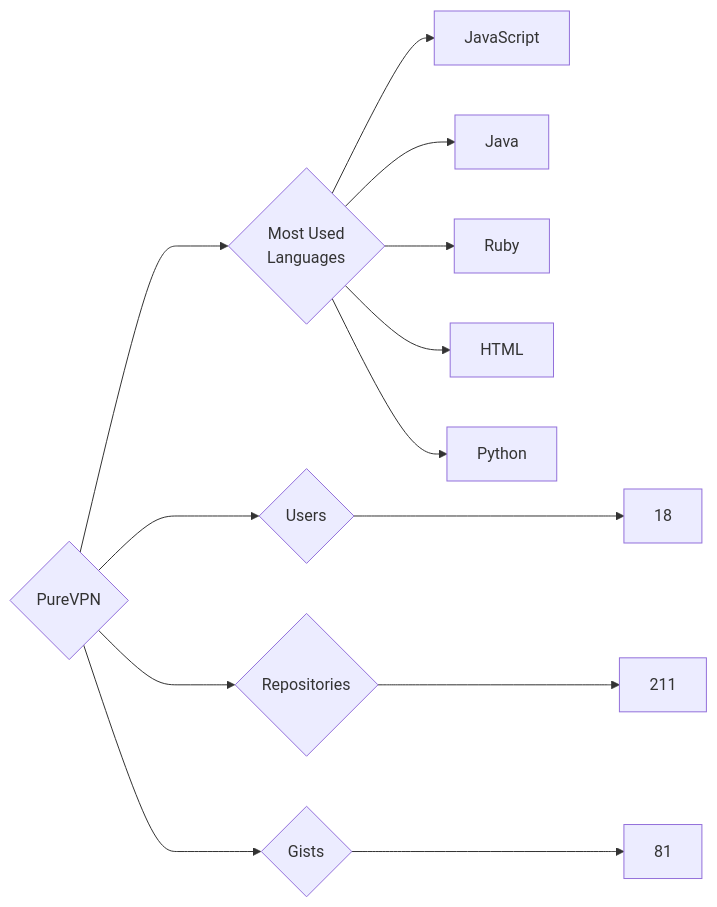
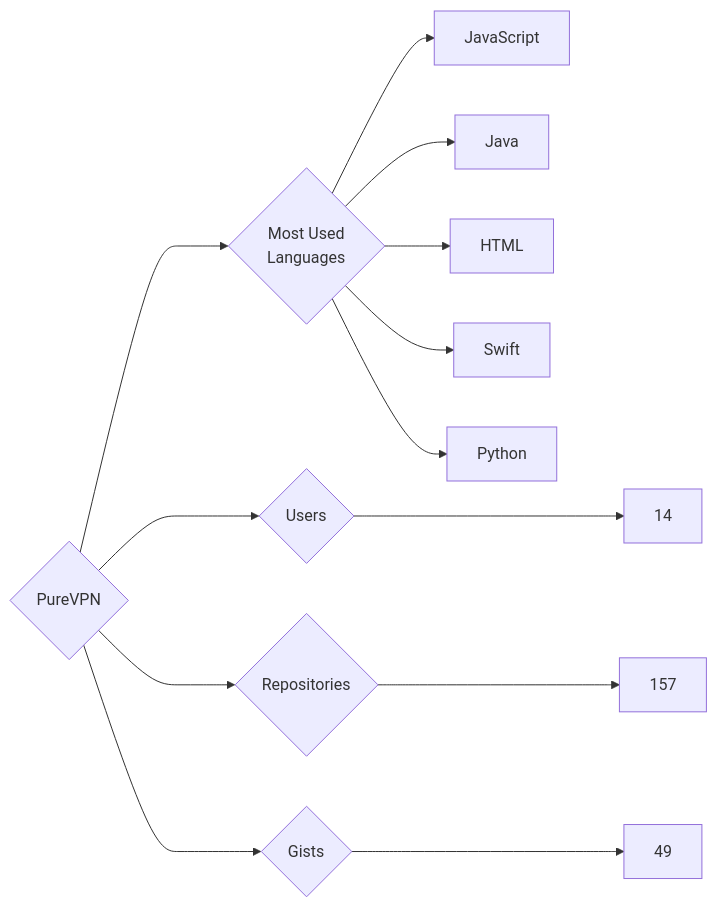
Before and after one commit to trickest/insiders: the diagram in targets/PureVPN/README.md, drawn with Mermaid. The commit also changed 1508 other files, not shown here.

````diff
--- a/targets/PureVPN/README.md
+++ b/targets/PureVPN/README.md
@@ -3,13 +3,13 @@
 ```mermaid
 graph LR
 COMPANY_NAME{PureVPN}
-COMPANY_NAME ---> U{Users} ---> UN[18]
-COMPANY_NAME ---> R{Repositories} ---> RN[211]
-COMPANY_NAME ---> G{Gists} ---> GN[81]
+COMPANY_NAME ---> U{Users} ---> UN[14]
+COMPANY_NAME ---> R{Repositories} ---> RN[157]
+COMPANY_NAME ---> G{Gists} ---> GN[49]
 COMPANY_NAME ---> ML{Most Used<br>Languages}
 ML --> JavaScript[JavaScript]
 ML --> Java[Java]
-ML --> Ruby[Ruby]
 ML --> HTML[HTML]
+ML --> Swift[Swift]
 ML --> Python[Python]
 ```
````
